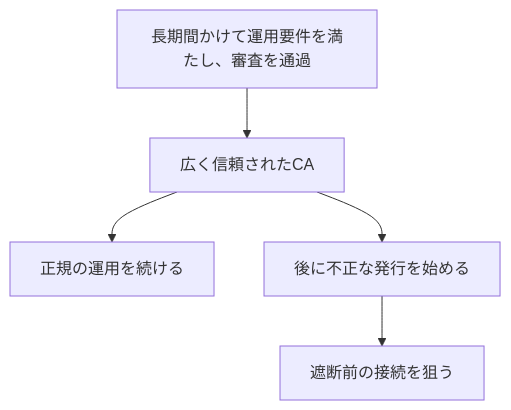
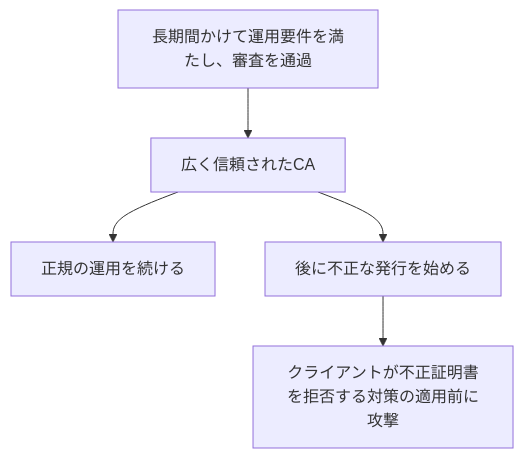
One commit to aurora1530/learning-materials changed the tenth of 10 diagrams in docs/security/20261113-tls-pki-emudhra.md. Above: the diagram before and after it, drawn with Mermaid. The commit also changed other lines of this file, not shown here.

````diff
--- a/docs/security/20261113-tls-pki-emudhra.md
+++ b/docs/security/20261113-tls-pki-emudhra.md
@@ -325,7 +360,7 @@
 ```mermaid
 flowchart TD
     A["長期間かけて運用要件を満たし、審査を通過"] --> B["広く信頼されたCA"]
     B --> C["正規の運用を続ける"]
     B --> D["後に不正な発行を始める"]
-    D --> E["遮断前の接続を狙う"]
+    D --> E["クライアントが不正証明書を拒否する対策の適用前に攻撃"]
 ```
````
